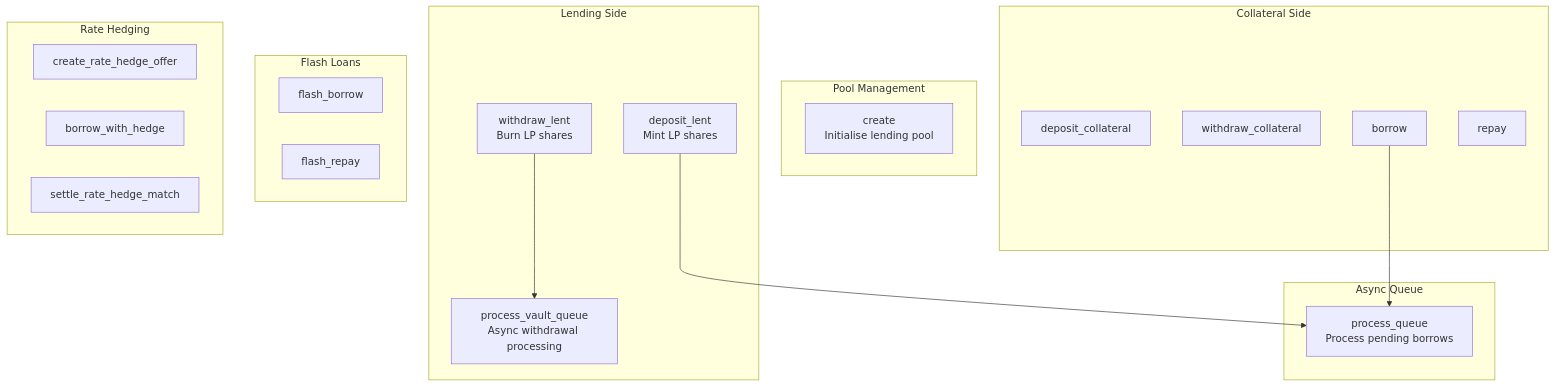
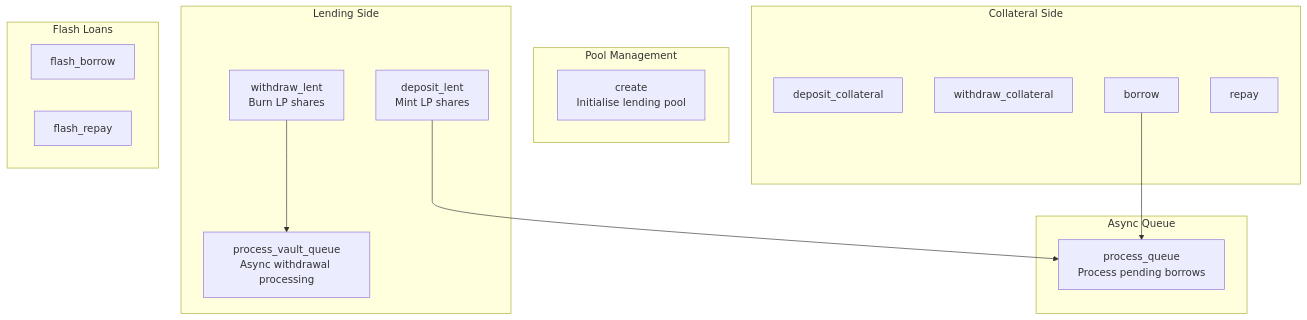
One commit to calma-labs/calma changed the fifth of 7 diagrams in ARCHITECTURE.md. Above: the diagram before and after it, drawn with Mermaid. The commit also changed other lines of this file and 87 other files, not shown here.

````diff
--- a/ARCHITECTURE.md
+++ b/ARCHITECTURE.md
@@ -121,38 +123,32 @@
 ```mermaid
 graph TD
     subgraph Pool["Pool Management"]
         CREATE["create\nInitialise lending pool"]
     end
 
     subgraph Collateral["Collateral Side"]
         DEP_COL["deposit_collateral"]
         WITH_COL["withdraw_collateral"]
         BORROW["borrow"]
         REPAY["repay"]
     end
 
     subgraph Lending["Lending Side"]
         DEP_LENT["deposit_lent\nMint LP shares"]
         WITH_LENT["withdraw_lent\nBurn LP shares"]
         PROC_VQ["process_vault_queue\nAsync withdrawal processing"]
     end
 
     subgraph Flash["Flash Loans"]
         FL_BORROW["flash_borrow"]
         FL_REPAY["flash_repay"]
     end
 
-    subgraph Hedge["Rate Hedging"]
-        HEDGE_OFFER["create_rate_hedge_offer"]
-        BORROW_HEDGE["borrow_with_hedge"]
-        SETTLE["settle_rate_hedge_match"]
-    end
-
     subgraph Queue["Async Queue"]
         PROC_Q["process_queue\nProcess pending borrows"]
     end
 
     BORROW --> PROC_Q
     DEP_LENT --> PROC_Q
     WITH_LENT --> PROC_VQ
 ```
````
